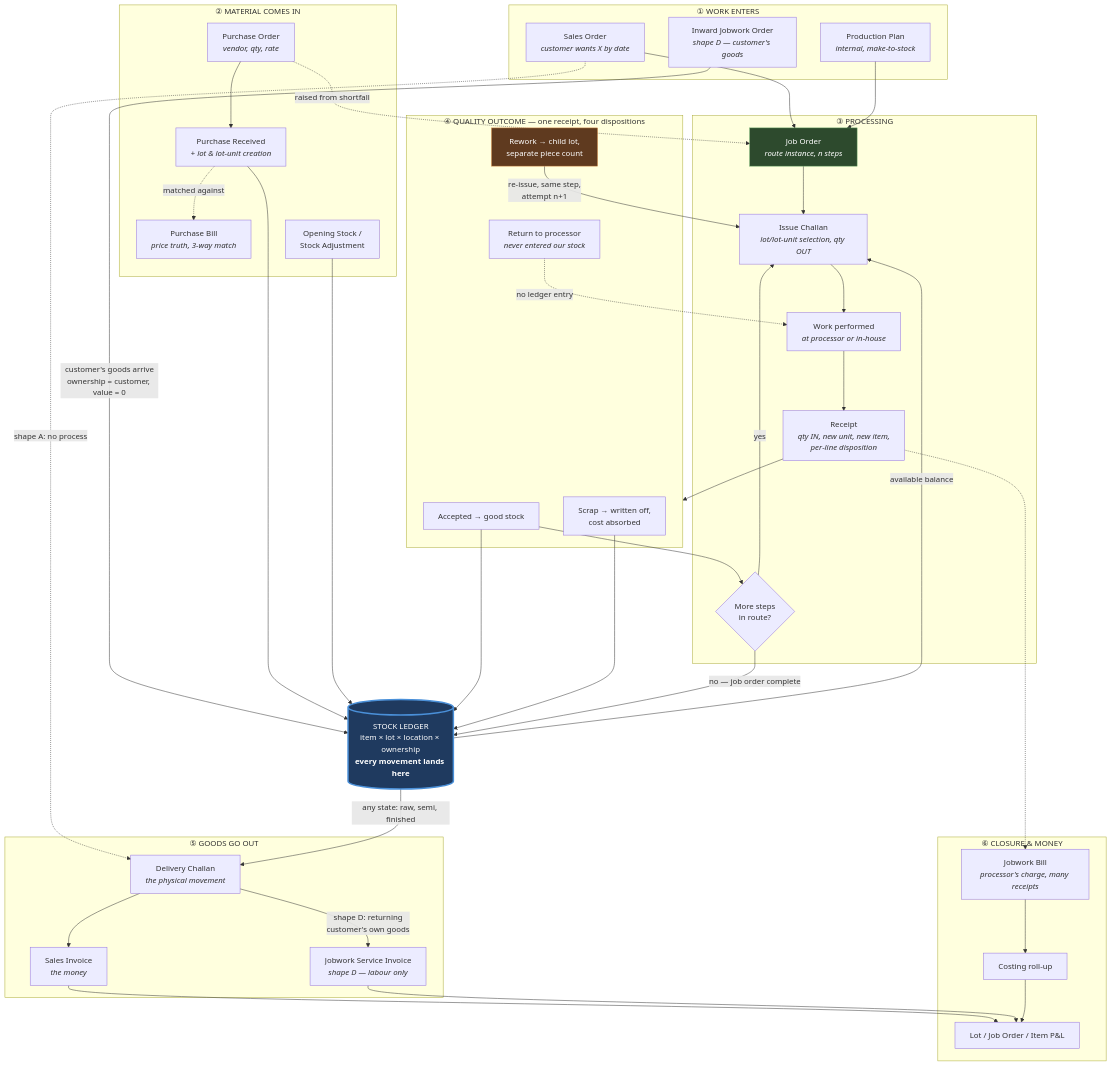
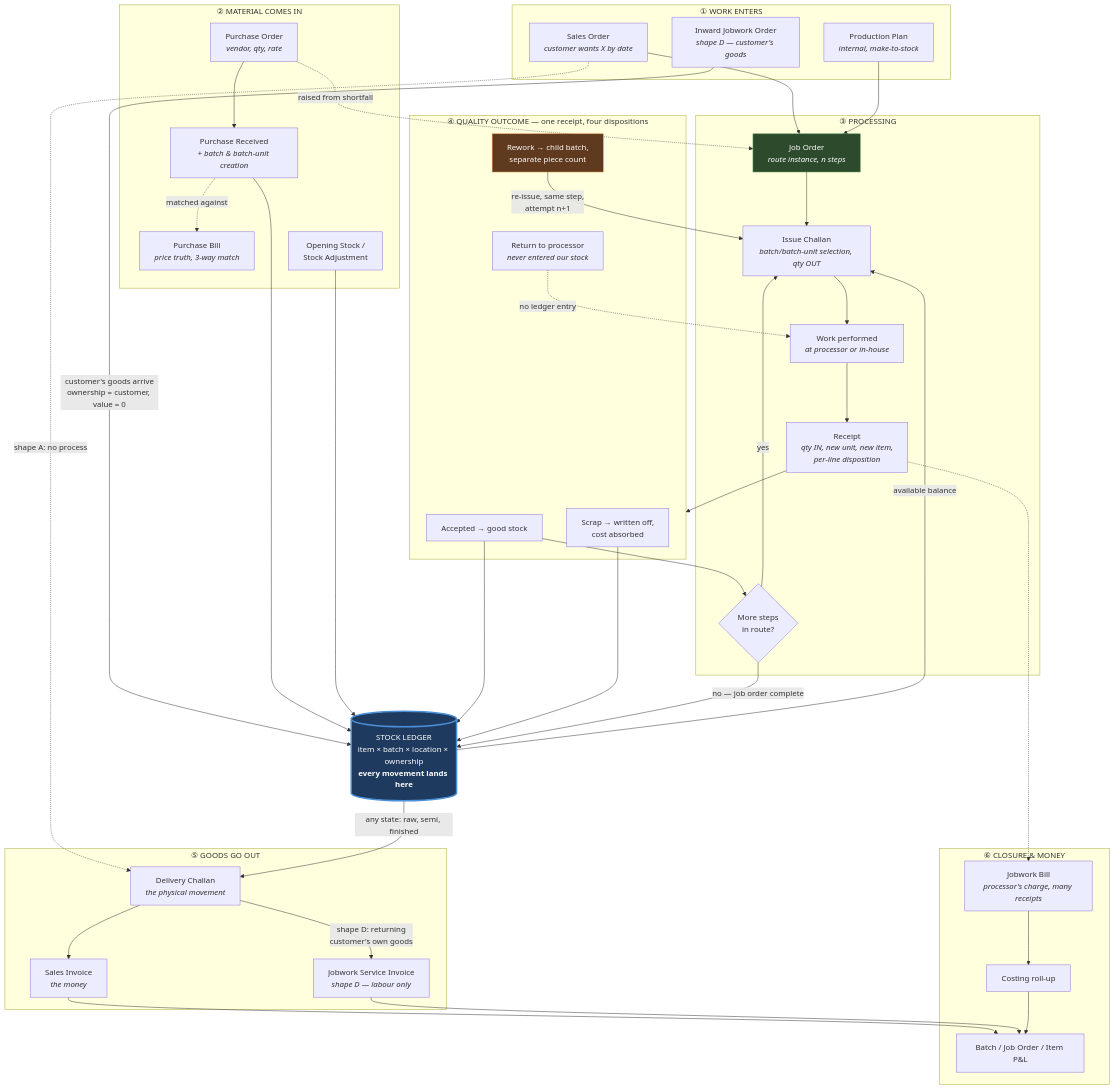
The first of 2 diagrams in docs/JOBWORK_DOMAIN_AND_MODULE_MAP.md (Dharmik-Octfis/jobwork-process-webapp), drawn with Mermaid before and after one commit. The commit also changed other lines of this file and 72 other files, not shown here.

Commit message:
fix(lotToBatch): changes done to consider lot as batch so now lot will be considered as batch

````diff
--- a/docs/JOBWORK_DOMAIN_AND_MODULE_MAP.md
+++ b/docs/JOBWORK_DOMAIN_AND_MODULE_MAP.md
@@ -109,80 +123,80 @@
 ```mermaid
 flowchart TD
     subgraph ENTRY["① WORK ENTERS"]
         SO["Sales Order<br/><i>customer wants X by date</i>"]
         PLAN["Production Plan<br/><i>internal, make-to-stock</i>"]
         INJW["Inward Jobwork Order<br/><i>shape D — customer's goods</i>"]
     end
 
     subgraph PROCURE["② MATERIAL COMES IN"]
         PO["Purchase Order<br/><i>vendor, qty, rate</i>"]
-        PREC["Purchase Received<br/><i>+ lot & lot-unit creation</i>"]
+        PREC["Purchase Received<br/><i>+ batch & batch-unit creation</i>"]
         BILL["Purchase Bill<br/><i>price truth, 3-way match</i>"]
         OPEN["Opening Stock /<br/>Stock Adjustment"]
     end
 
-    STOCK[("STOCK LEDGER<br/>item × lot × location × ownership<br/><b>every movement lands here</b>")]
+    STOCK[("STOCK LEDGER<br/>item × batch × location × ownership<br/><b>every movement lands here</b>")]
 
     subgraph JOB["③ PROCESSING"]
         JO["Job Order<br/><i>route instance, n steps</i>"]
-        ISS["Issue Challan<br/><i>lot/lot-unit selection, qty OUT</i>"]
+        ISS["Issue Challan<br/><i>batch/batch-unit selection, qty OUT</i>"]
         WORK["Work performed<br/><i>at processor or in-house</i>"]
         REC["Receipt<br/><i>qty IN, new unit, new item,<br/>per-line disposition</i>"]
         NEXT{"More steps<br/>in route?"}
     end
 
     subgraph QUAL["④ QUALITY OUTCOME — one receipt, four dispositions"]
         ACC["Accepted → good stock"]
-        RWK["Rework → child lot,<br/>separate piece count"]
+        RWK["Rework → child batch,<br/>separate piece count"]
         SCR["Scrap → written off,<br/>cost absorbed"]
         RTN["Return to processor<br/><i>never entered our stock</i>"]
     end
 
     subgraph EXIT["⑤ GOODS GO OUT"]
         DC["Delivery Challan<br/><i>the physical movement</i>"]
         INV["Sales Invoice<br/><i>the money</i>"]
         JWINV["Jobwork Service Invoice<br/><i>shape D — labour only</i>"]
     end
 
     subgraph CLOSE["⑥ CLOSURE & MONEY"]
         JWBILL["Jobwork Bill<br/><i>processor's charge, many receipts</i>"]
         COST["Costing roll-up"]
-        PL["Lot / Job Order / Item P&L"]
+        PL["Batch / Job Order / Item P&L"]
     end
 
     SO --> JO
     PLAN --> JO
     SO -.->|"shape A: no process"| DC
     INJW -->|"customer's goods arrive<br/>ownership = customer, value = 0"| STOCK
 
     PO --> PREC --> STOCK
     PREC -.->|"matched against"| BILL
     OPEN --> STOCK
     PO -.->|"raised from shortfall"| JO
 
     STOCK -->|"available balance"| ISS
     JO --> ISS --> WORK --> REC
     REC --> QUAL
     ACC --> STOCK
     RWK -->|"re-issue, same step,<br/>attempt n+1"| ISS
     SCR --> STOCK
     RTN -.->|"no ledger entry"| WORK
 
     ACC --> NEXT
     NEXT -->|"yes"| ISS
     NEXT -->|"no — job order complete"| STOCK
 
     STOCK -->|"any state: raw, semi, finished"| DC
     DC --> INV
     DC -->|"shape D: returning<br/>customer's own goods"| JWINV
 
     REC -.-> JWBILL
     JWBILL --> COST
     INV --> PL
     JWINV --> PL
     COST --> PL
 
     style STOCK fill:#1f3a5f,stroke:#4a90d9,stroke-width:3px,color:#fff
     style RWK fill:#5f3a1f,stroke:#d9904a,color:#fff
     style JO fill:#2d4a2d,stroke:#5fa05f,color:#fff
 ```
````
